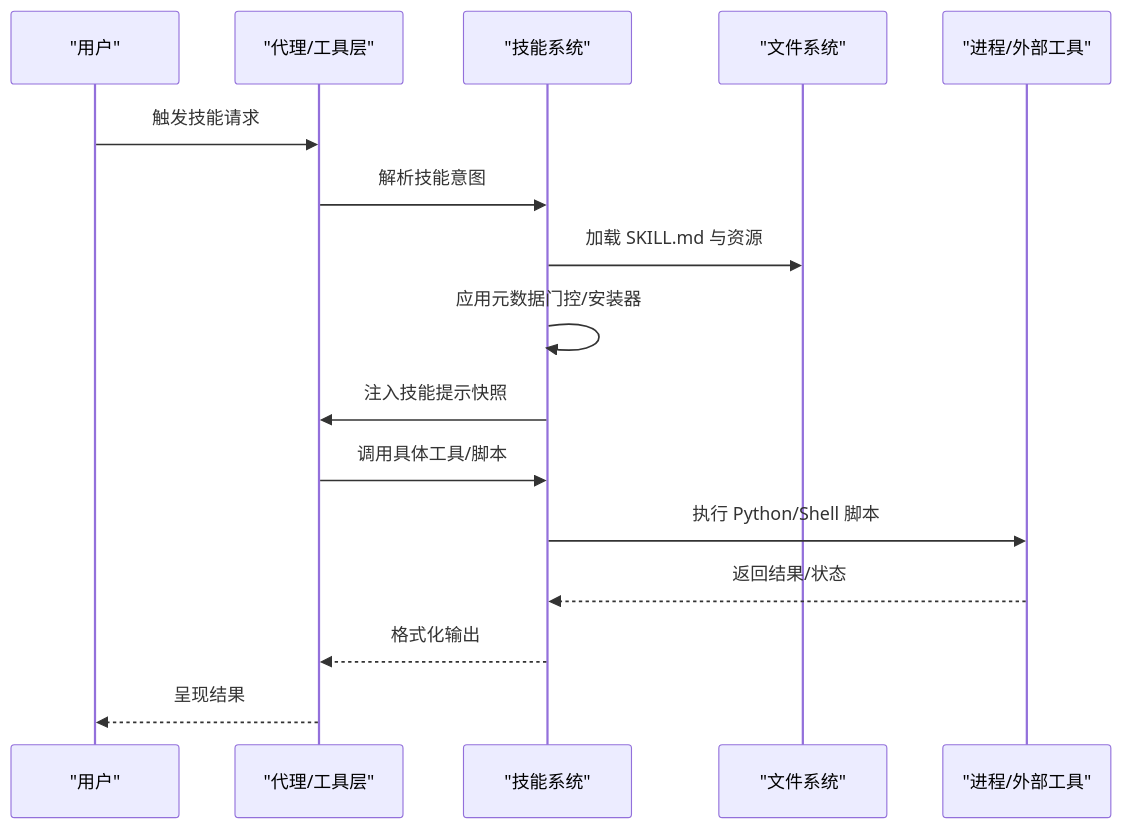
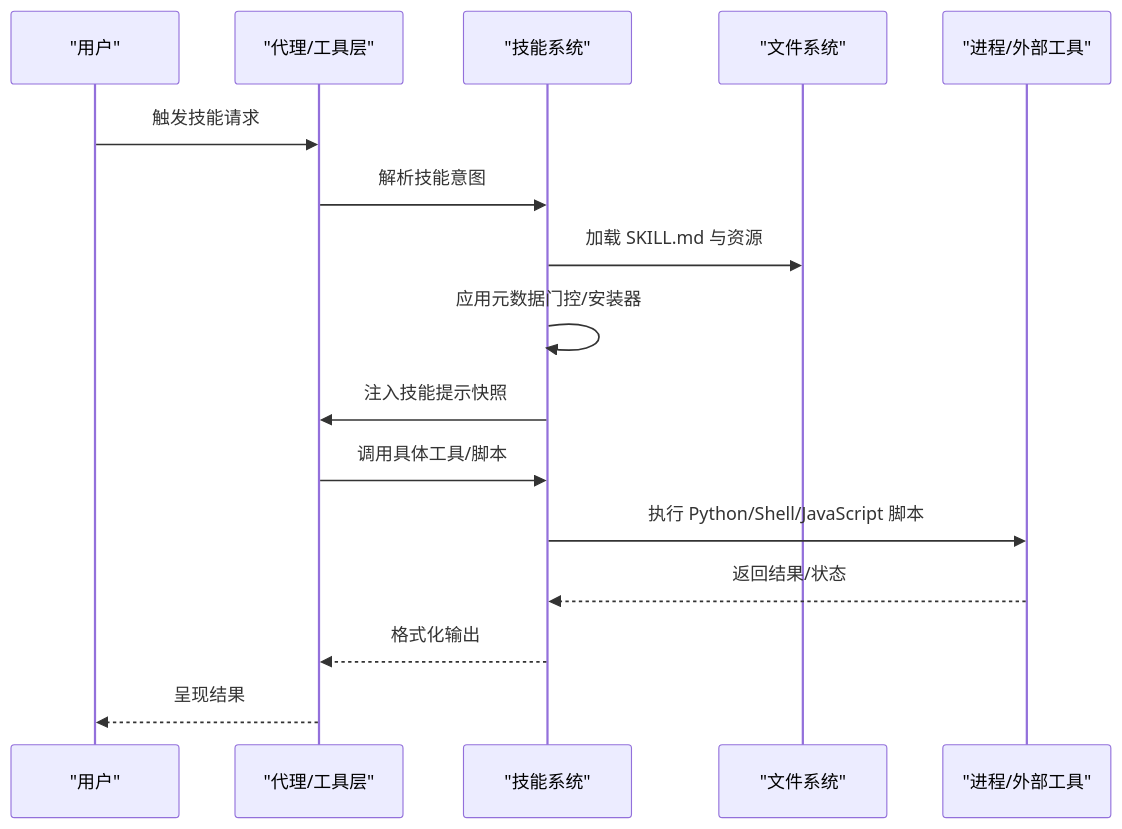
Before and after one commit to verse-ai-org/openclaw: the second of 12 diagrams in .qoder/repowiki/zh/content/技能平台/技能开发/技能代码开发/技能代码开发.md, drawn with Mermaid. The commit also changed other lines of this file and 14 other files, not shown here.

````diff
--- a/.qoder/repowiki/zh/content/技能平台/技能开发/技能代码开发/技能代码开发.md
+++ b/.qoder/repowiki/zh/content/技能平台/技能开发/技能代码开发/技能代码开发.md
@@ -81,18 +103,18 @@
 ```mermaid
 sequenceDiagram
 participant U as "用户"
 participant A as "代理/工具层"
 participant S as "技能系统"
 participant FS as "文件系统"
 participant P as "进程/外部工具"
 U->>A : 触发技能请求
 A->>S : 解析技能意图
 S->>FS : 加载 SKILL.md 与资源
 S->>S : 应用元数据门控/安装器
 S->>A : 注入技能提示快照
 A->>S : 调用具体工具/脚本
-S->>P : 执行 Python/Shell 脚本
+S->>P : 执行 Python/Shell/JavaScript 脚本
 P-->>S : 返回结果/状态
 S-->>A : 格式化输出
 A-->>U : 呈现结果
 ```
````
